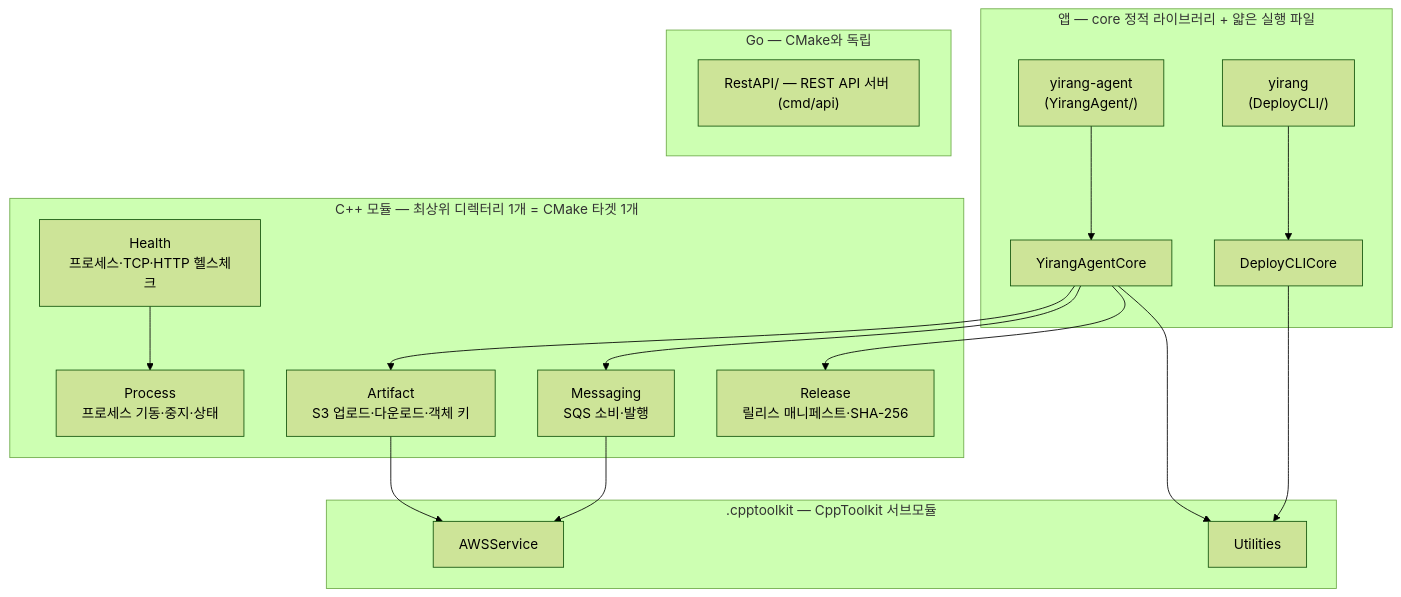
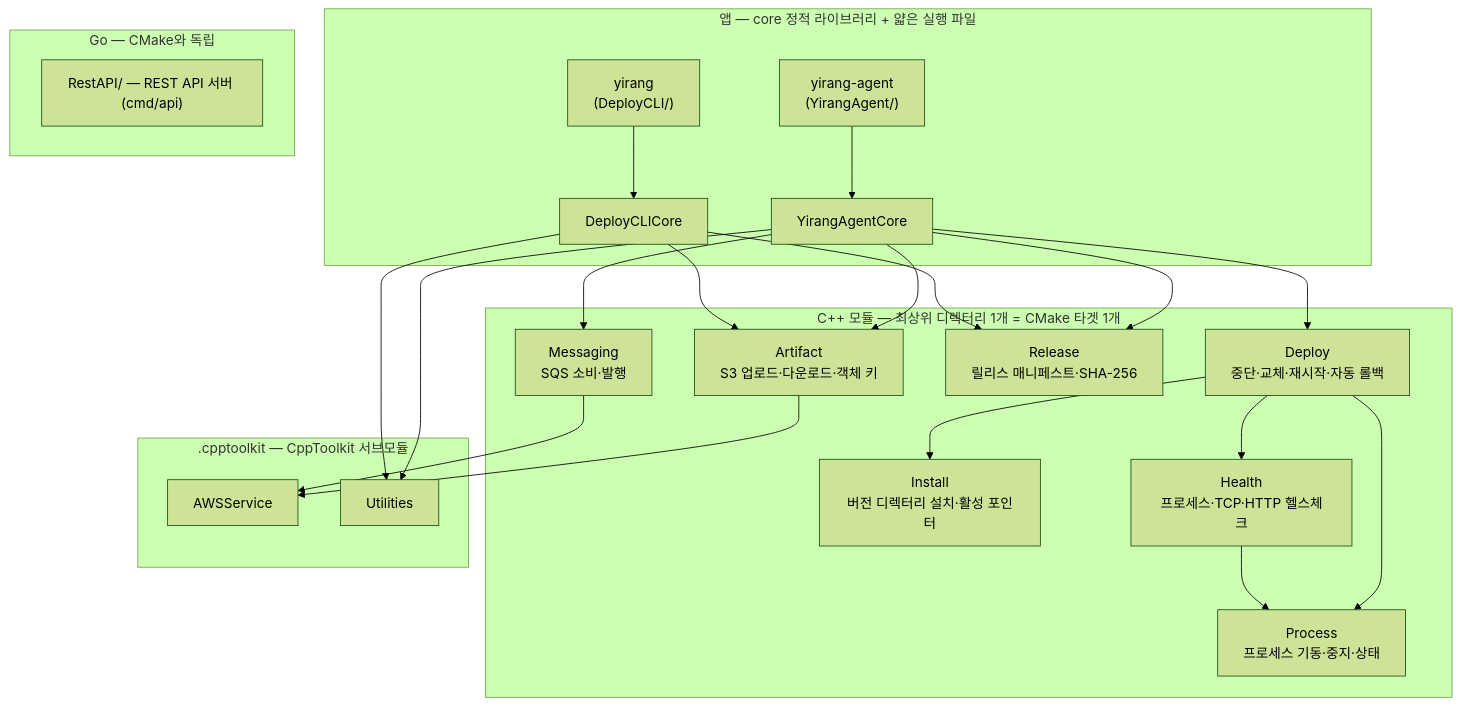
Before and after one commit to ngee044/yirang-rollout: the third of 4 diagrams in README.md, drawn with Mermaid (forest theme). The commit also changed other lines of this file and 3 other files, not shown here.

````diff
--- a/README.md
+++ b/README.md
@@ -264,33 +264,41 @@
 ```mermaid
 flowchart TD
     subgraph apps["앱 — core 정적 라이브러리 + 얇은 실행 파일"]
         AgentExe["yirang-agent<br/>(YirangAgent/)"] --> AgentCore["YirangAgentCore"]
         CLIExe["yirang<br/>(DeployCLI/)"] --> CLICore["DeployCLICore"]
     end
 
     subgraph libs["C++ 모듈 — 최상위 디렉터리 1개 = CMake 타겟 1개"]
         Artifact["Artifact<br/>S3 업로드·다운로드·객체 키"]
         Messaging["Messaging<br/>SQS 소비·발행"]
         Release["Release<br/>릴리스 매니페스트·SHA-256"]
+        Install["Install<br/>버전 디렉터리 설치·활성 포인터"]
+        Deploy["Deploy<br/>중단·교체·재시작·자동 롤백"]
         Process["Process<br/>프로세스 기동·중지·상태"]
         Health["Health<br/>프로세스·TCP·HTTP 헬스체크"]
     end
 
     subgraph toolkit[".cpptoolkit — CppToolkit 서브모듈"]
         AWSService["AWSService"]
         Utilities["Utilities"]
     end
 
     subgraph goapp["Go — CMake와 독립"]
         RestAPI["RestAPI/ — REST API 서버 (cmd/api)"]
     end
 
     AgentCore --> Artifact
     AgentCore --> Messaging
     AgentCore --> Release
+    AgentCore --> Deploy
     AgentCore --> Utilities
+    CLICore --> Artifact
+    CLICore --> Release
     CLICore --> Utilities
+    Deploy --> Install
+    Deploy --> Process
+    Deploy --> Health
     Artifact --> AWSService
     Messaging --> AWSService
     Health --> Process
 ```
````
